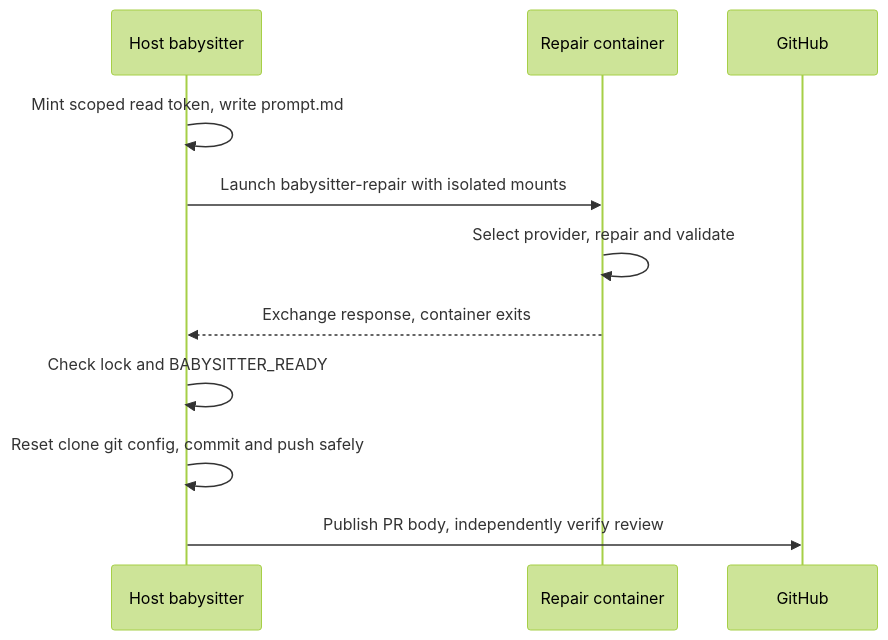
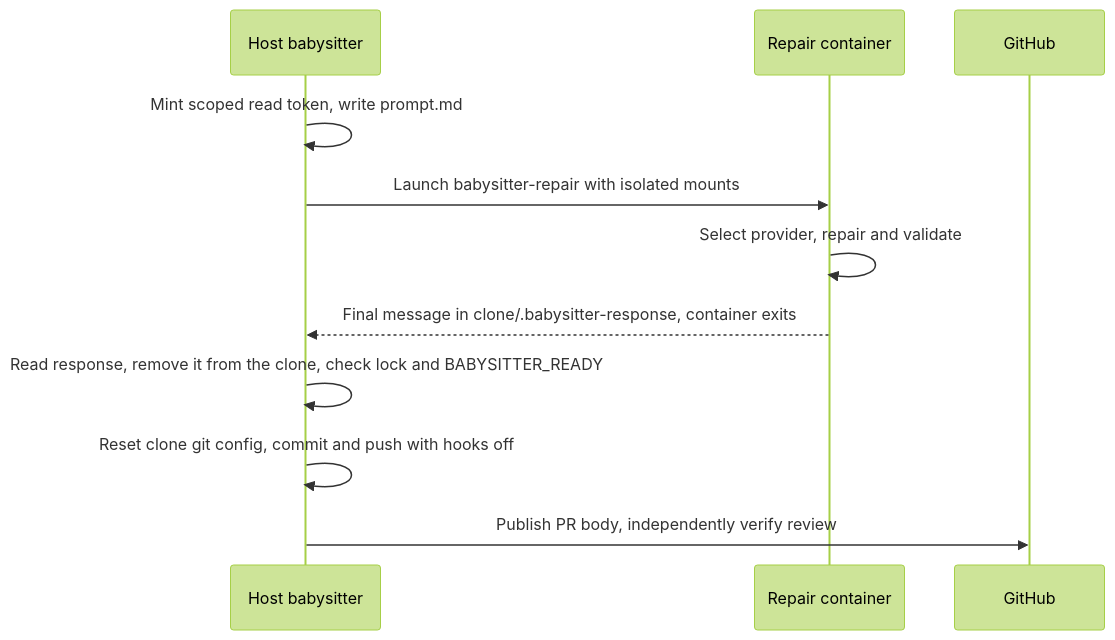
Before and after one commit to stSoftwareAU/VibeCoder: the diagram in docs/archive/pr-summaries/pr-summary-4770.md, drawn with Mermaid (forest theme). The commit also changed other lines of this file, not shown here.

````diff
--- a/docs/archive/pr-summaries/pr-summary-4770.md
+++ b/docs/archive/pr-summaries/pr-summary-4770.md
@@ -10,13 +14,13 @@
 ```mermaid
 sequenceDiagram
     participant H as Host babysitter
     participant C as Repair container
     participant G as GitHub
     H->>H: Mint scoped read token, write prompt.md
     H->>C: Launch babysitter-repair with isolated mounts
     C->>C: Select provider, repair and validate
-    C-->>H: Exchange response, container exits
-    H->>H: Check lock and BABYSITTER_READY
-    H->>H: Reset clone git config, commit and push safely
+    C-->>H: Final message in clone/.babysitter-response, container exits
+    H->>H: Read response, remove it from the clone, check lock and BABYSITTER_READY
+    H->>H: Reset clone git config, commit and push with hooks off
     H->>G: Publish PR body, independently verify review
 ```
````
